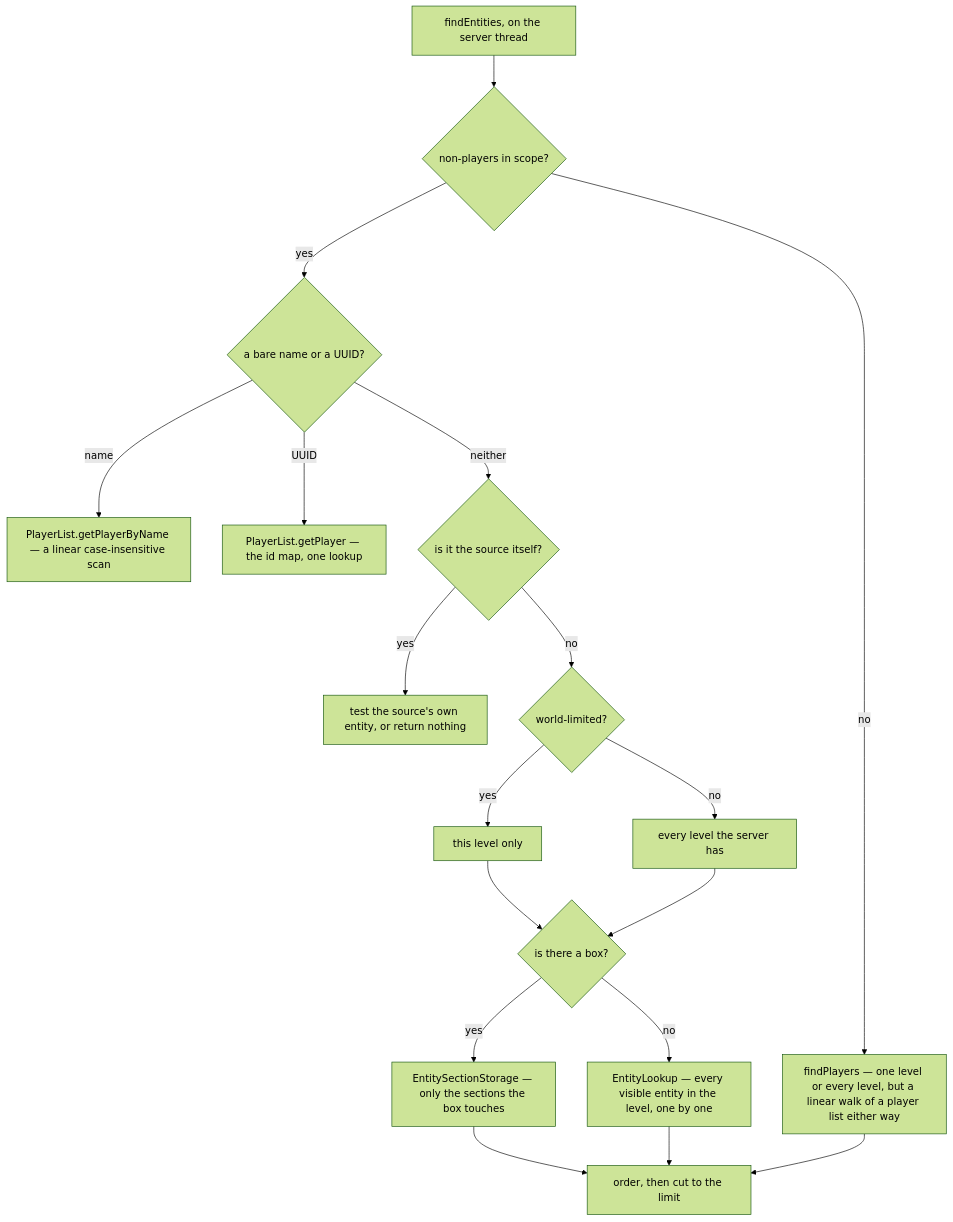
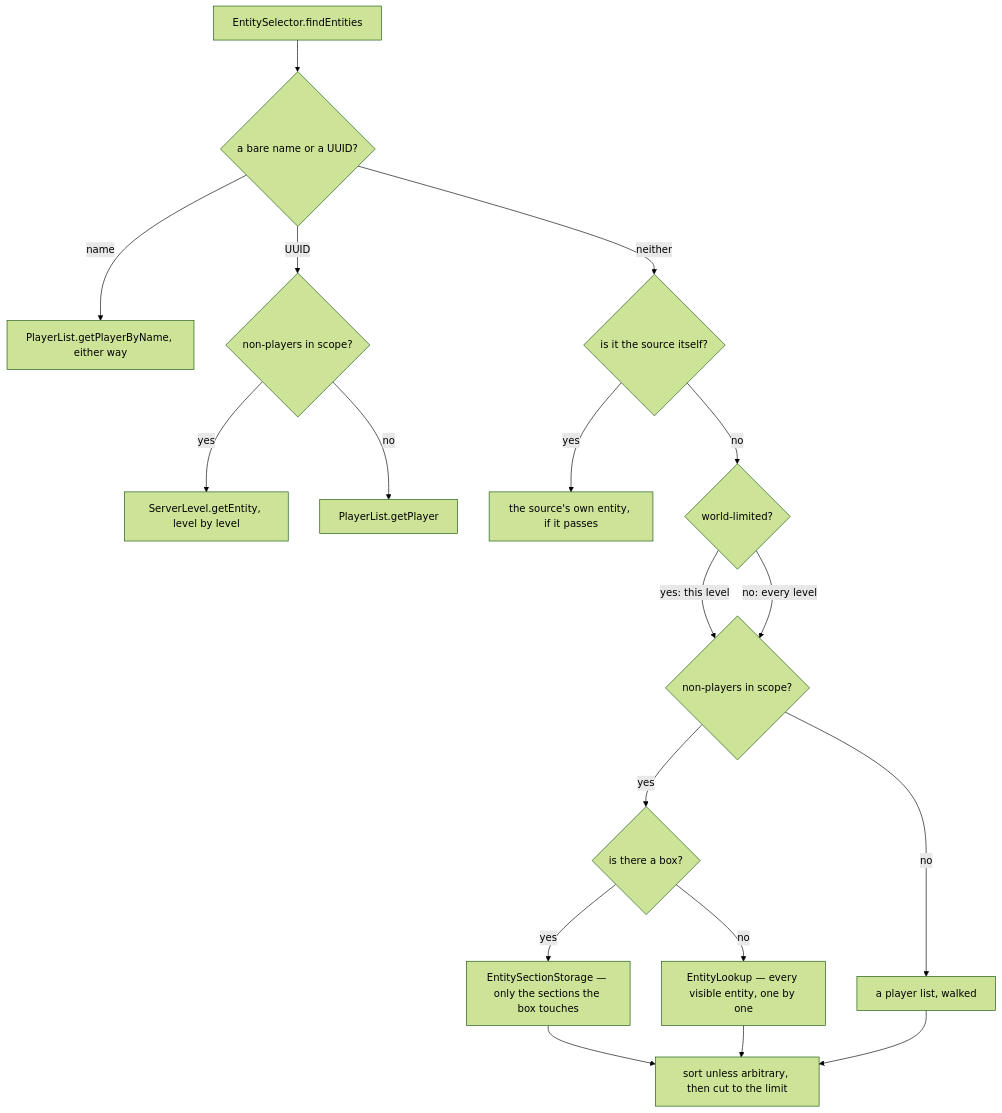
Before and after one commit to AlexanderjFraser/MinecraftDocs: the second of 2 diagrams in src/systems/commands/entity-selectors.md, drawn with Mermaid (forest theme). The commit also changed other lines of this file and 16 other files, not shown here.

````diff
--- a/src/systems/commands/entity-selectors.md
+++ b/src/systems/commands/entity-selectors.md
@@ -166,20 +165,20 @@
 ```mermaid
-flowchart TB
-    A["findEntities, on the server thread"] --> B{"non-players in scope?"}
-    B -- no --> P["findPlayers — one level or every level, but a linear walk of a player list either way"]
-    B -- yes --> C{"a bare name or a UUID?"}
-    C -- name --> N["PlayerList.getPlayerByName — a linear case-insensitive scan"]
-    C -- UUID --> U["PlayerList.getPlayer — the id map, one lookup"]
+flowchart TD
+    A["EntitySelector.findEntities"] --> C{"a bare name or a UUID?"}
+    C -- name --> N["PlayerList.getPlayerByName, either way"]
+    C -- UUID --> B1{"non-players in scope?"}
+    B1 -- yes --> UE["ServerLevel.getEntity, level by level"]
+    B1 -- no --> UP["PlayerList.getPlayer"]
     C -- neither --> D{"is it the source itself?"}
-    D -- yes --> S["test the source's own entity, or return nothing"]
+    D -- yes --> S["the source's own entity, if it passes"]
     D -- no --> E{"world-limited?"}
-    E -- yes --> F["this level only"]
-    E -- no --> G["every level the server has"]
-    F --> H{"is there a box?"}
-    G --> H
+    E -- "yes: this level" --> B2{"non-players in scope?"}
+    E -- "no: every level" --> B2
+    B2 -- no --> PL["a player list, walked"]
+    B2 -- yes --> H{"is there a box?"}
     H -- yes --> I["EntitySectionStorage — only the sections the box touches"]
-    H -- no --> J["EntityLookup — every visible entity in the level, one by one"]
-    I --> K["order, then cut to the limit"]
+    H -- no --> J["EntityLookup — every visible entity, one by one"]
+    I --> K["sort unless arbitrary, then cut to the limit"]
     J --> K
-    P --> K
+    PL --> K
 ```
````
